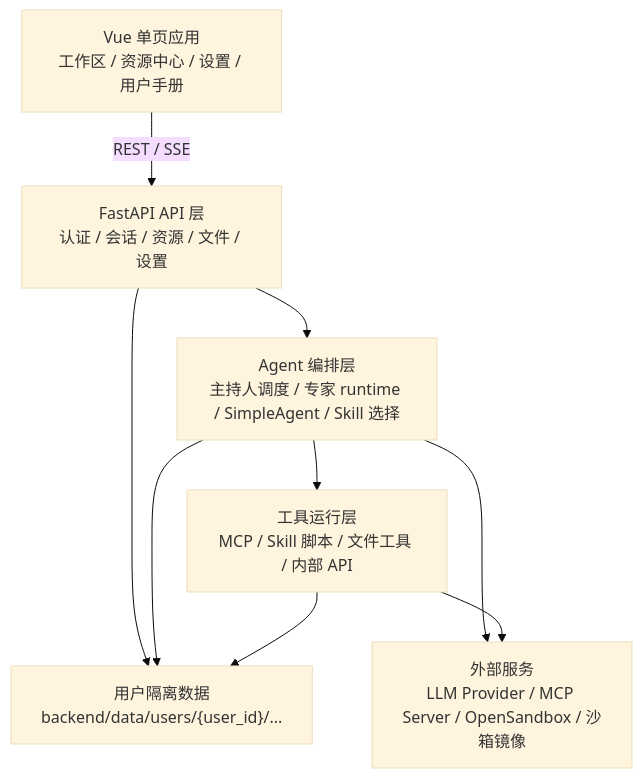
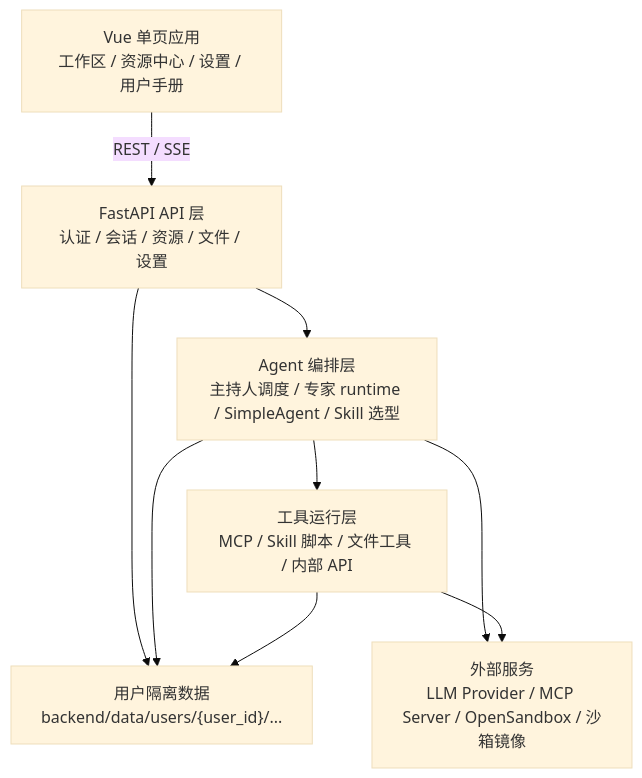
The diagram in docs/architecture/overview.md (gaoguodong03/shichai), drawn with Mermaid (base theme) before and after one commit. The commit also changed other lines of this file and 67 other files, not shown here.

````diff
--- a/docs/architecture/overview.md
+++ b/docs/architecture/overview.md
@@ -17,18 +17,18 @@
 ```mermaid
 flowchart TB
   UI["Vue 单页应用<br/>工作区 / 资源中心 / 设置 / 用户手册"]
   API["FastAPI API 层<br/>认证 / 会话 / 资源 / 文件 / 设置"]
-  Agent["Agent 编排层<br/>主持人调度 / 专家 runtime / SimpleAgent / Skill 选择"]
+  Agent["Agent 编排层<br/>主持人调度 / 专家 runtime / SimpleAgent / Skill 选型"]
   Tools["工具运行层<br/>MCP / Skill 脚本 / 文件工具 / 内部 API"]
   Data["用户隔离数据<br/>backend/data/users/{user_id}/..."]
   External["外部服务<br/>LLM Provider / MCP Server / OpenSandbox / 沙箱镜像"]
 
   UI -->|REST / SSE| API
   API --> Agent
   Agent --> Tools
   API --> Data
   Agent --> Data
   Tools --> Data
   Agent --> External
   Tools --> External
 ```
````
